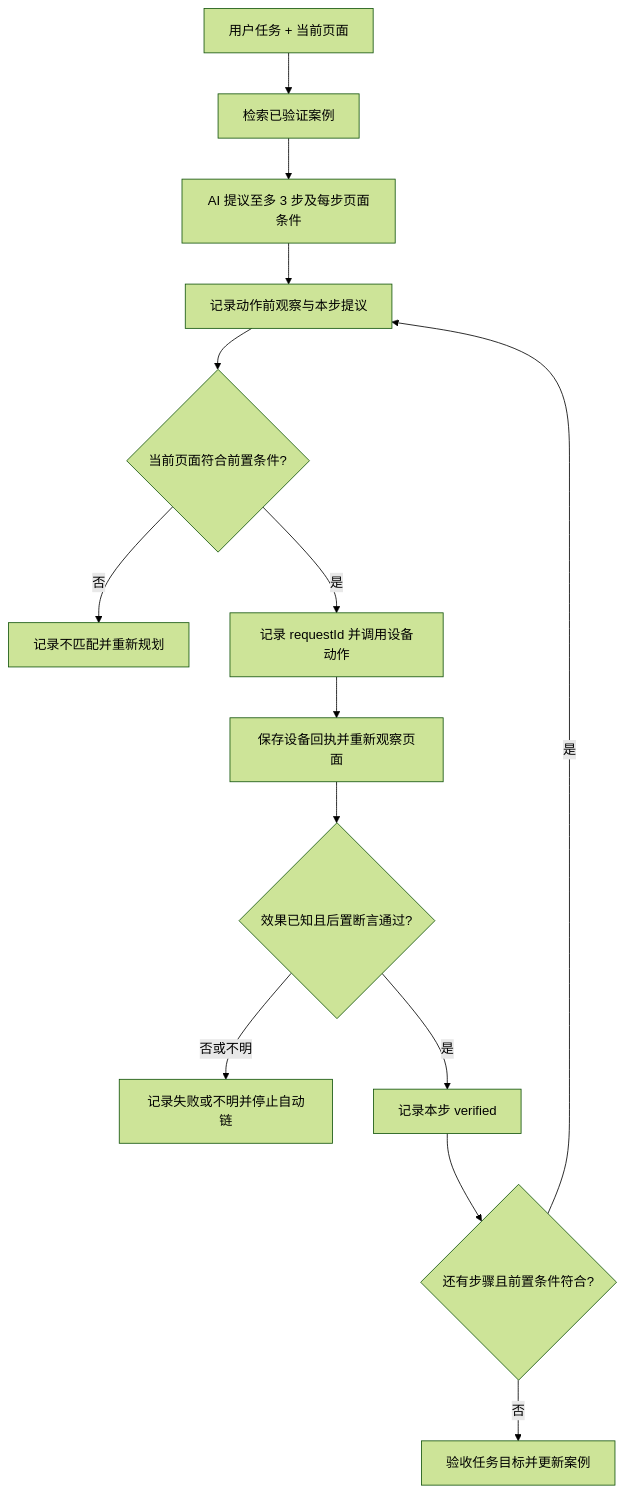
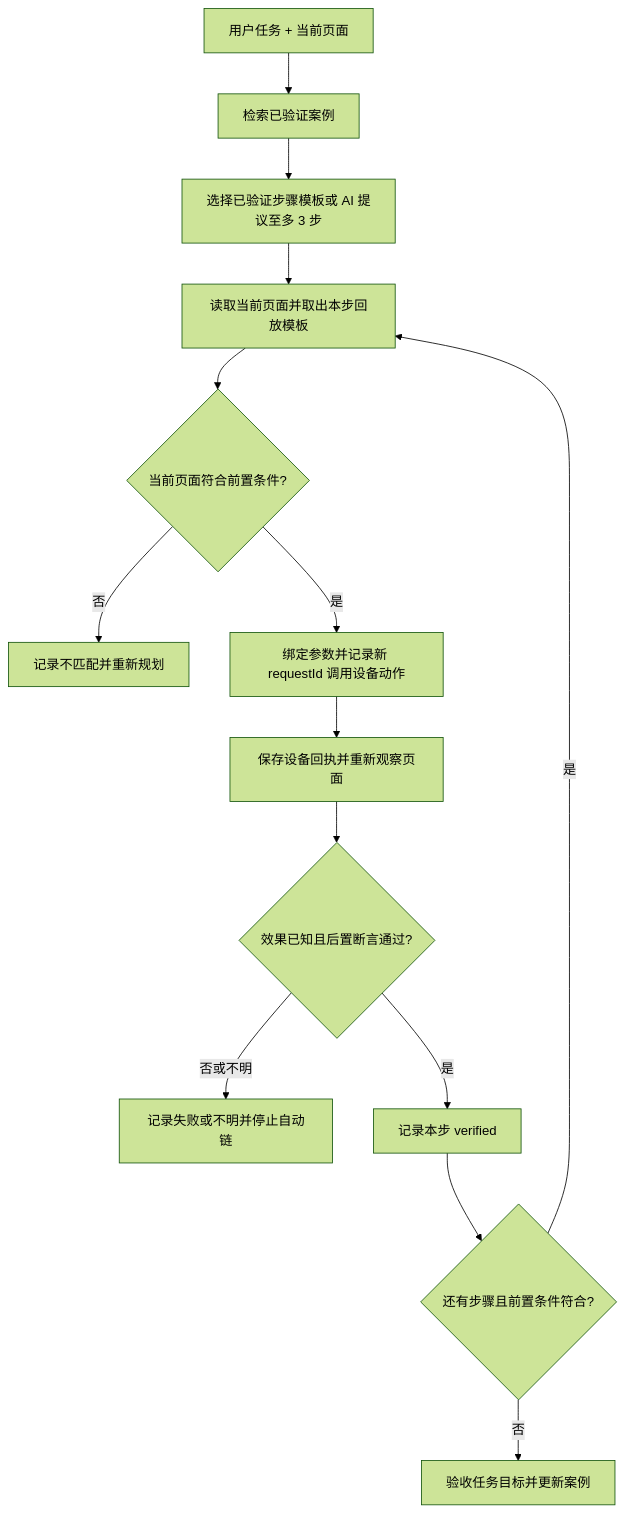
Before and after one commit to ytlog/mobby: the diagram in docs/design/device-workflow-memory.md, drawn with Mermaid (forest theme). The commit also changed other lines of this file, not shown here.

````diff
--- a/docs/design/device-workflow-memory.md
+++ b/docs/design/device-workflow-memory.md
@@ -66,16 +91,16 @@
 ```mermaid
 flowchart TD
     A[用户任务 + 当前页面] --> B[检索已验证案例]
-    B --> C[AI 提议至多 3 步及每步页面条件]
-    C --> D[记录动作前观察与本步提议]
+    B --> C[选择已验证步骤模板或 AI 提议至多 3 步]
+    C --> D[读取当前页面并取出本步回放模板]
     D --> E{当前页面符合前置条件?}
     E -- 否 --> R[记录不匹配并重新规划]
-    E -- 是 --> F[记录 requestId 并调用设备动作]
+    E -- 是 --> F[绑定参数并记录新 requestId 调用设备动作]
     F --> G[保存设备回执并重新观察页面]
     G --> H{效果已知且后置断言通过?}
     H -- 否或不明 --> I[记录失败或不明并停止自动链]
     H -- 是 --> J[记录本步 verified]
     J --> K{还有步骤且前置条件符合?}
     K -- 是 --> D
     K -- 否 --> L[验收任务目标并更新案例]
 ```
````
